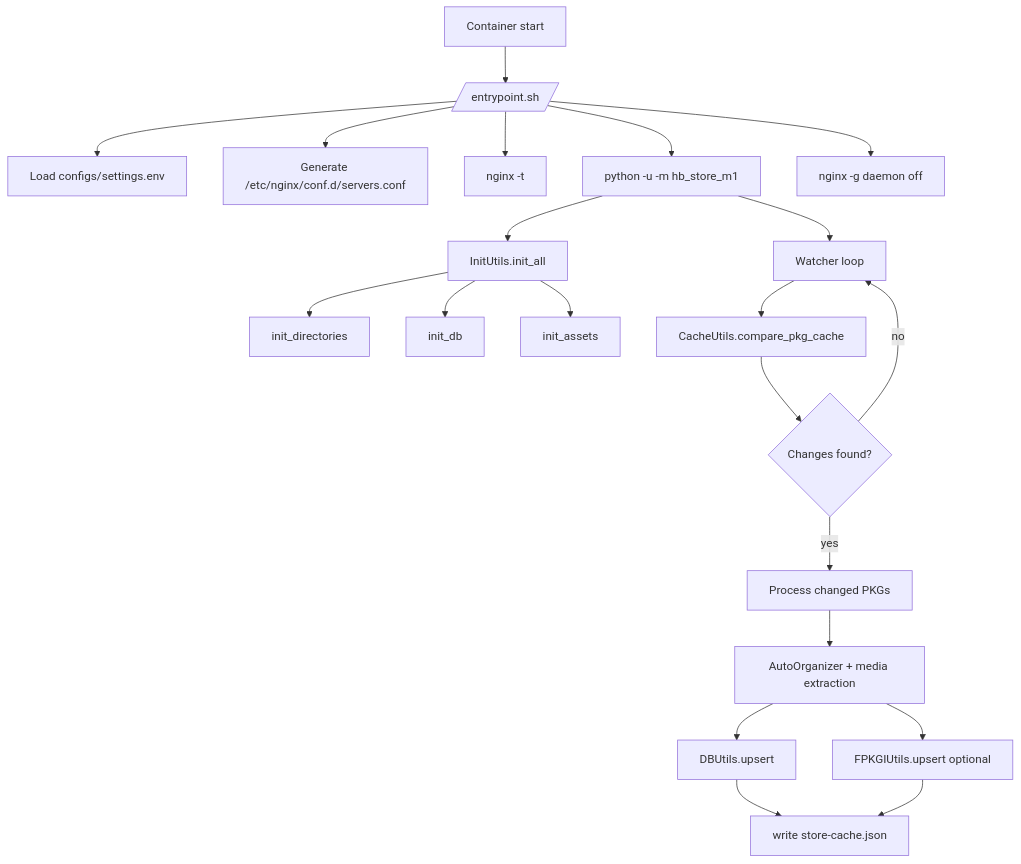
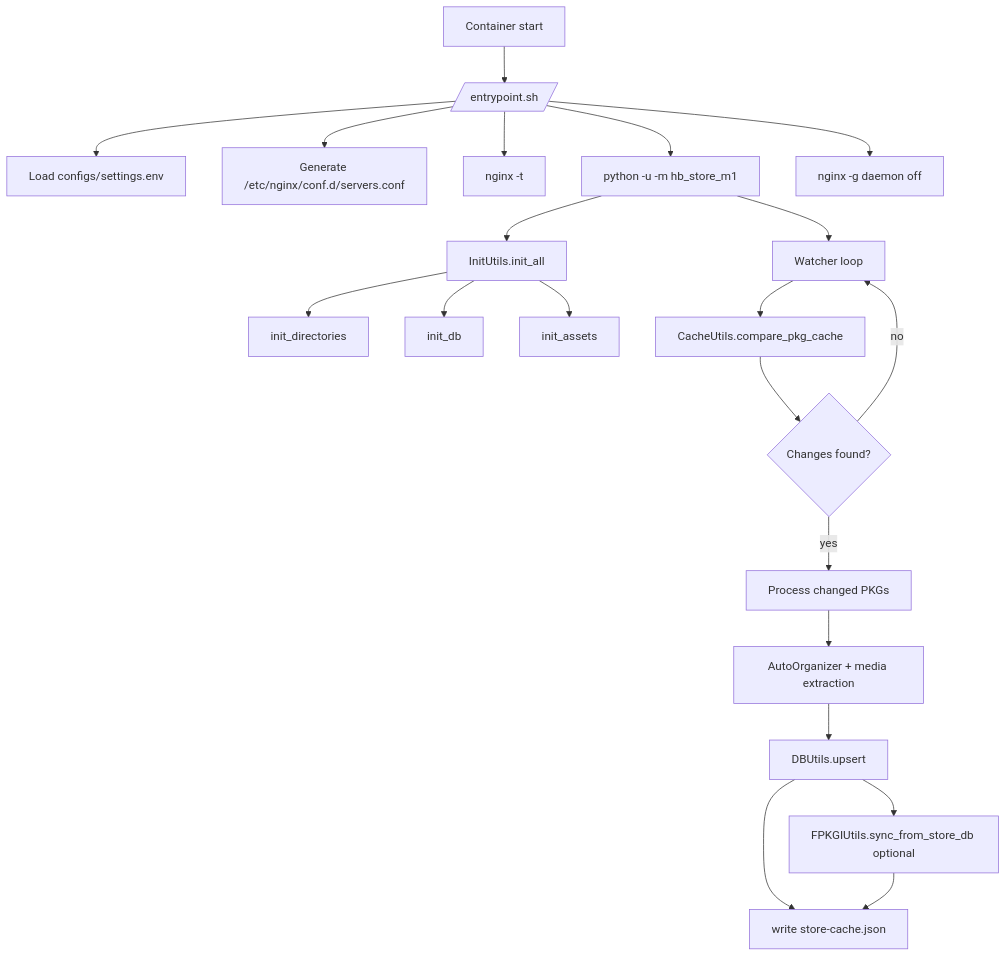
One commit to fabiocdo/hb-store-m1 changed the first of 2 diagrams in README.md. Above: the diagram before and after it, drawn with Mermaid. The commit also changed other lines of this file and 11 other files, not shown here.

````diff
--- a/README.md
+++ b/README.md
@@ -63,25 +63,25 @@
 ```mermaid
 flowchart TD
     A[Container start] --> B[/entrypoint.sh/]
     B --> C[Load configs/settings.env]
     B --> D[Generate /etc/nginx/conf.d/servers.conf]
     B --> E[nginx -t]
     B --> F[python -u -m hb_store_m1]
     B --> G[nginx -g daemon off]
 
     F --> H[InitUtils.init_all]
     H --> H1[init_directories]
     H --> H2[init_db]
     H --> H3[init_assets]
 
     F --> I[Watcher loop]
     I --> J[CacheUtils.compare_pkg_cache]
     J --> K{Changes found?}
     K -->|no| I
     K -->|yes| L[Process changed PKGs]
     L --> M[AutoOrganizer + media extraction]
     M --> N[DBUtils.upsert]
-    M --> O[FPKGIUtils.upsert optional]
+    N --> O[FPKGIUtils.sync_from_store_db optional]
     N --> P[write store-cache.json]
     O --> P
 ```
````
